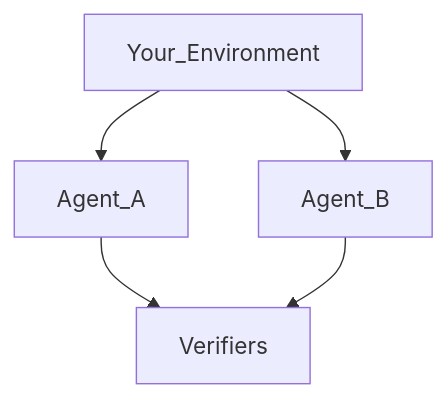
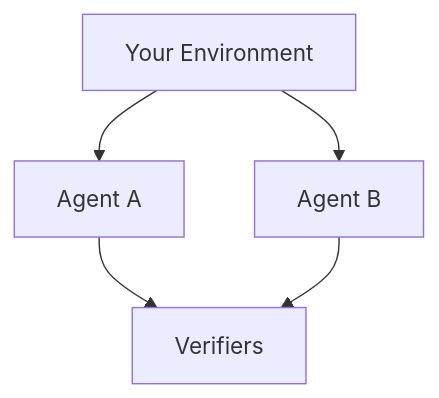
One commit to lastlabs-ai/plural changed the diagram in docs/motivation.md. Above: the diagram before and after it, drawn with Mermaid. The commit also changed other lines of this file and 197 other files, not shown here.

````diff
--- a/docs/motivation.md
+++ b/docs/motivation.md
@@ -16,11 +16,11 @@
 ```mermaid
 flowchart TB
-  world[Your_Environment]
-  agentA[Agent_A]
-  agentB[Agent_B]
-  score[Verifiers]
+  world["Your Environment"]
+  agentA["Agent A"]
+  agentB["Agent B"]
+  score["Verifiers"]
   world --> agentA
   world --> agentB
   agentA --> score
   agentB --> score
 ```
````
